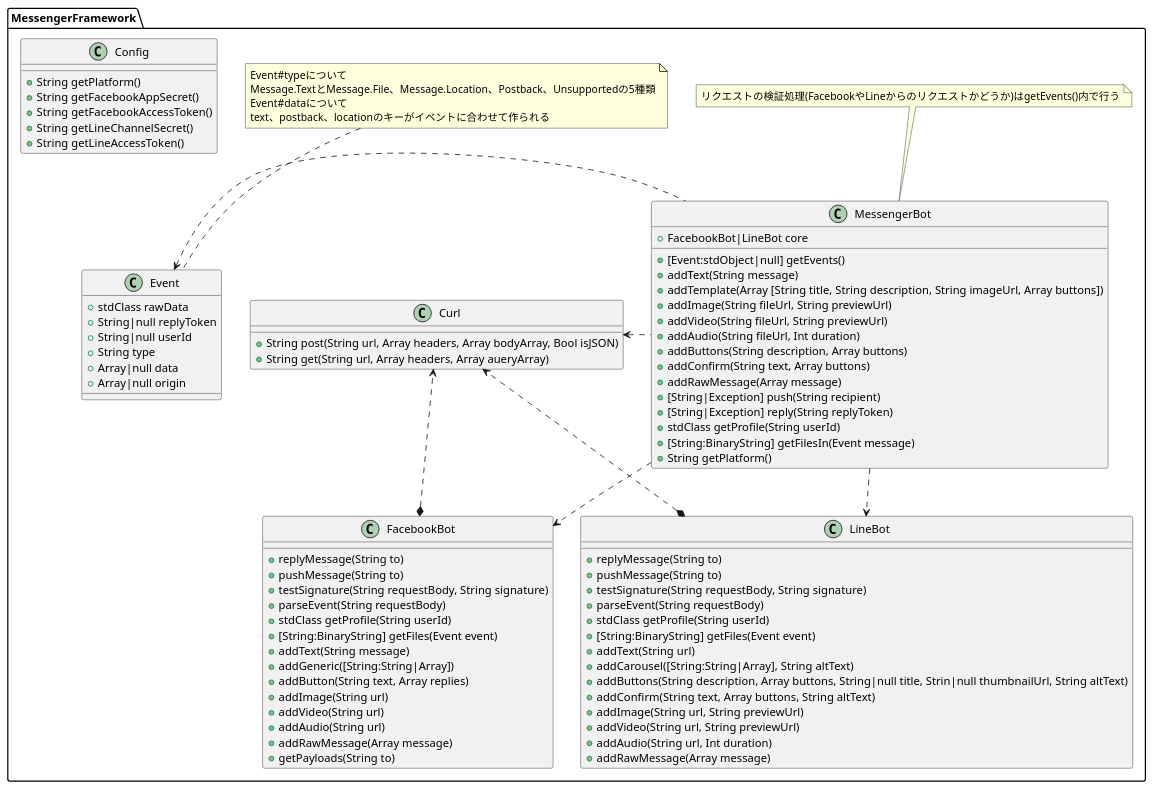
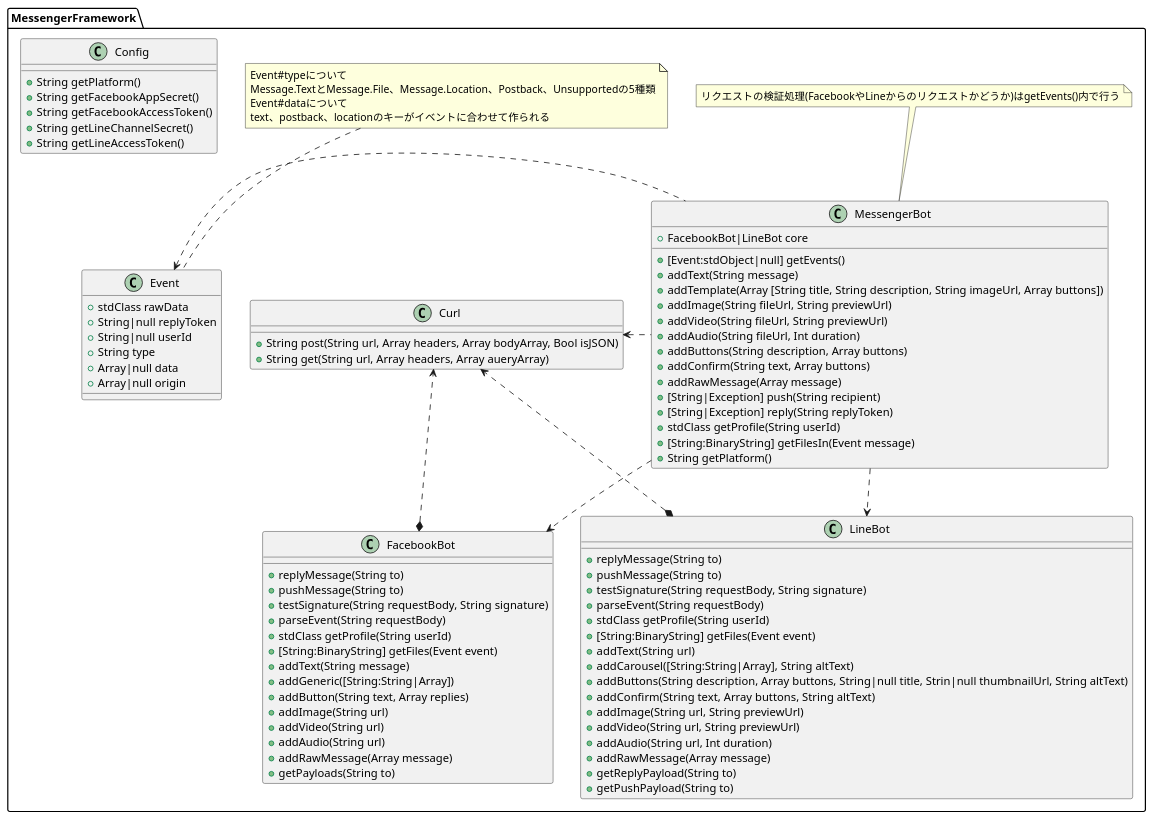
The diagram in docs/class-spec.puml (genies-inc/messenger-framework), drawn with PlantUML before and after one commit. The commit also changed 2 other files, not shown here.

```diff
--- a/docs/class-spec.puml
+++ b/docs/class-spec.puml
@@ -1,103 +1,105 @@
 @startuml
 
 namespace MessengerFramework {
 
   class Event {
     + stdClass rawData
     + String|null replyToken
     + String|null userId
     + String type
     + Array|null data
     + Array|null origin
   }
 
   note top of Event
     Event#typeについて
     Message.TextとMessage.File、Message.Location、Postback、Unsupportedの5種類
     Event#dataについて
     text、postback、locationのキーがイベントに合わせて作られる
   end note
 
   class MessengerBot {
     + FacebookBot|LineBot core
     + [Event:stdObject|null] getEvents()
     + addText(String message)
     + addTemplate(Array [String title, String description, String imageUrl, Array buttons])
     + addImage(String fileUrl, String previewUrl)
     + addVideo(String fileUrl, String previewUrl)
     + addAudio(String fileUrl, Int duration)
     + addButtons(String description, Array buttons)
     + addConfirm(String text, Array buttons)
     + addRawMessage(Array message)
     + [String|Exception] push(String recipient)
     + [String|Exception] reply(String replyToken)
     + stdClass getProfile(String userId)
     + [String:BinaryString] getFilesIn(Event message)
     + String getPlatform()
   }
 
   note top of MessengerBot
     リクエストの検証処理(FacebookやLineからのリクエストかどうか)はgetEvents()内で行う
   end note
 
   class FacebookBot {
     + replyMessage(String to)
     + pushMessage(String to)
     + testSignature(String requestBody, String signature)
     + parseEvent(String requestBody)
     + stdClass getProfile(String userId)
     + [String:BinaryString] getFiles(Event event)
     + addText(String message)
     + addGeneric([String:String|Array])
     + addButton(String text, Array replies)
     + addImage(String url)
     + addVideo(String url)
     + addAudio(String url)
     + addRawMessage(Array message)
     + getPayloads(String to)
   }
 
   class LineBot {
     + replyMessage(String to)
     + pushMessage(String to)
     + testSignature(String requestBody, String signature)
     + parseEvent(String requestBody)
     + stdClass getProfile(String userId)
     + [String:BinaryString] getFiles(Event event)
     + addText(String url)
     + addCarousel([String:String|Array], String altText)
     + addButtons(String description, Array buttons, String|null title, Strin|null thumbnailUrl, String altText)
     + addConfirm(String text, Array buttons, String altText)
     + addImage(String url, String previewUrl)
     + addVideo(String url, String previewUrl)
     + addAudio(String url, Int duration)
     + addRawMessage(Array message)
+    + getReplyPayload(String to)
+    + getPushPayload(String to)
   }
 
   class Curl {
     + String post(String url, Array headers, Array bodyArray, Bool isJSON)
     + String get(String url, Array headers, Array aueryArray)
   }
 
   class Config {
     + String getPlatform()
     + String getFacebookAppSecret()
     + String getFacebookAccessToken()
     + String getLineChannelSecret()
     + String getLineAccessToken()
   }
 
 }
 
 ' MessengerFramework内の関連
 
 MessengerFramework.MessengerBot .d.> MessengerFramework.FacebookBot
 MessengerFramework.MessengerBot .d.> MessengerFramework.LineBot
 MessengerFramework.MessengerBot .l.> MessengerFramework.Curl
 MessengerFramework.MessengerBot .l.> MessengerFramework.Event
 
 MessengerFramework.FacebookBot *..> MessengerFramework.Curl
 
 MessengerFramework.LineBot *..> MessengerFramework.Curl
 
 @enduml
```
